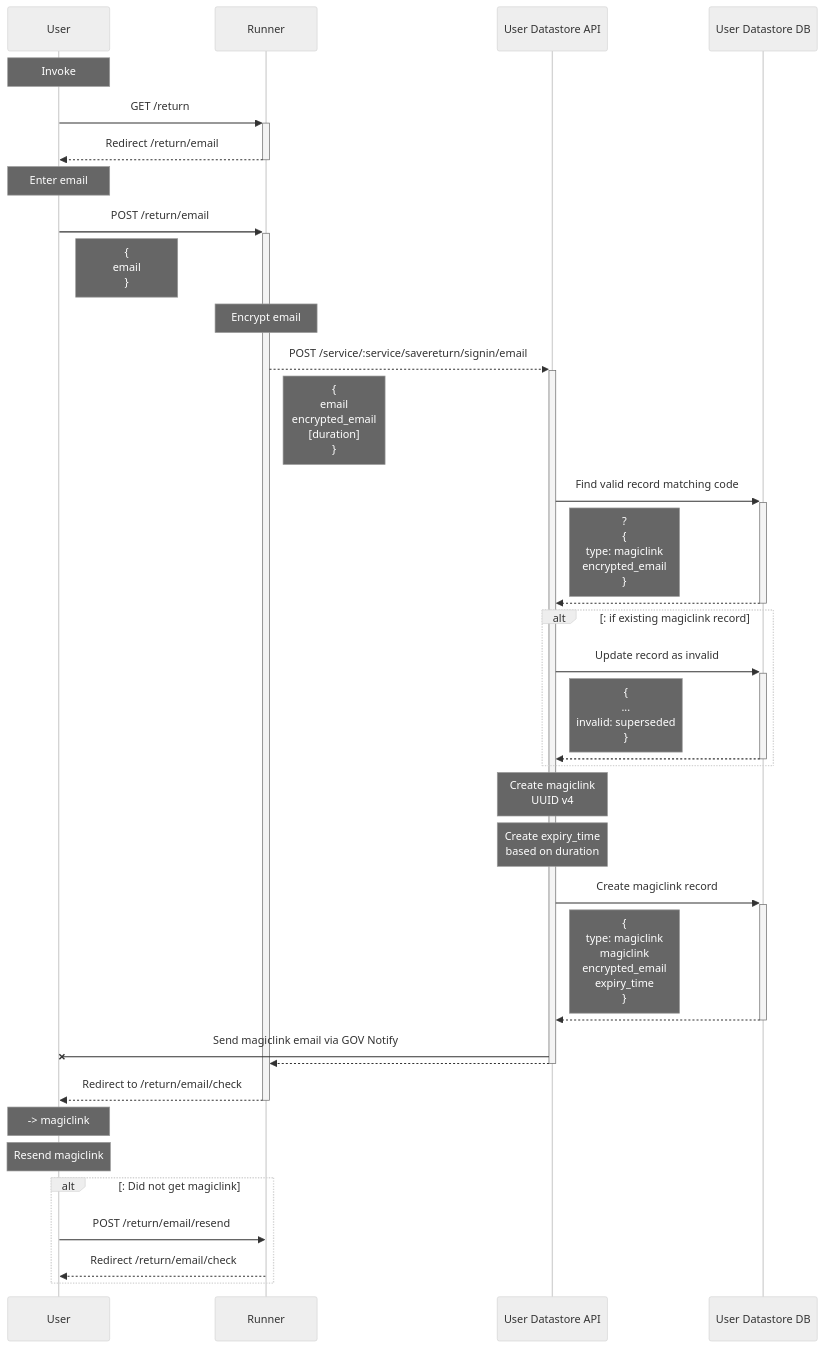
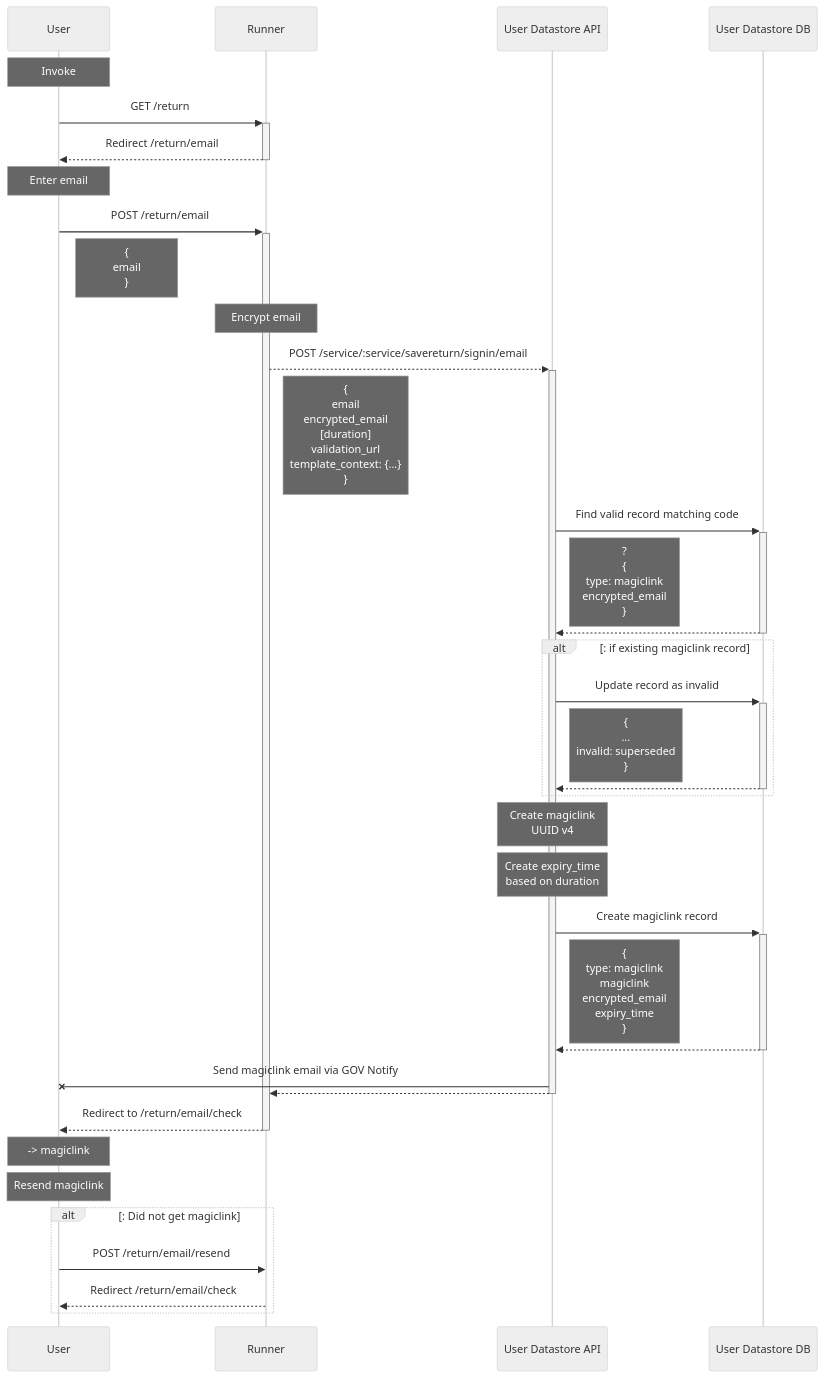
The diagram in documentation/running/save-and-return/files/return--signin.mmd (ministryofjustice/form-builder), drawn with Mermaid (neutral theme) before and after one commit. The commit also changed 3 other files, not shown here.

Commit message:
Add missing validation_url and template_context params to magiclink route

```diff
--- a/documentation/running/save-and-return/files/return--signin.mmd
+++ b/documentation/running/save-and-return/files/return--signin.mmd
@@ -1,71 +1,71 @@
 sequenceDiagram
 
 participant U as User
 
 participant R as Runner
 
 participant DS as User Datastore API
 
 participant DB as User Datastore DB
 
 Note over U: Invoke
 
 U->>+R: GET /return
 
 R-->>-U: Redirect /return/email
 
 Note over U: Enter email
 
 U->>+R: POST /return/email
 
 Note right of U: {<br>email<br>}
 
 Note over R: Encrypt email
 
 R-->>+DS: POST /service/:service/savereturn/signin/email
 
-Note right of R: {<br>email<br>encrypted_email<br>[duration]<br>}
+Note right of R: {<br>email<br>encrypted_email<br>[duration]<br>validation_url<br>template_context: {...}<br>}
 
 DS->>+DB: Find valid record matching code 
 
 Note right of DS: ?<br>{<br>type: magiclink<br>encrypted_email<br>}
 
 DB-->>-DS: 
 
 alt: if existing magiclink record
 
 DS->>+DB: Update record as invalid 
 
 Note right of DS: {<br>...<br>invalid: superseded<br>}
 
 DB-->>-DS: 
 
 end
 
 Note over DS: Create  magiclink<br>UUID v4
 
 Note over DS: Create expiry_time<br>based on duration
 
 DS->>+DB: Create magiclink record 
 
 Note right of DS: { <br>type: magiclink<br>magiclink<br>encrypted_email<br>expiry_time<br> }
 
 DB-->>-DS: 
 
 DS-XU: Send magiclink email via GOV Notify 
 
 DS-->>-R:  
 
 R-->>-U:  Redirect to /return/email/check
 
 Note over U: -> magiclink
 
 Note over U: Resend magiclink
 
 alt: Did not get magiclink
 
 U->>R: POST /return/email/resend
 
 R-->>U: Redirect /return/email/check
 
 end
```
